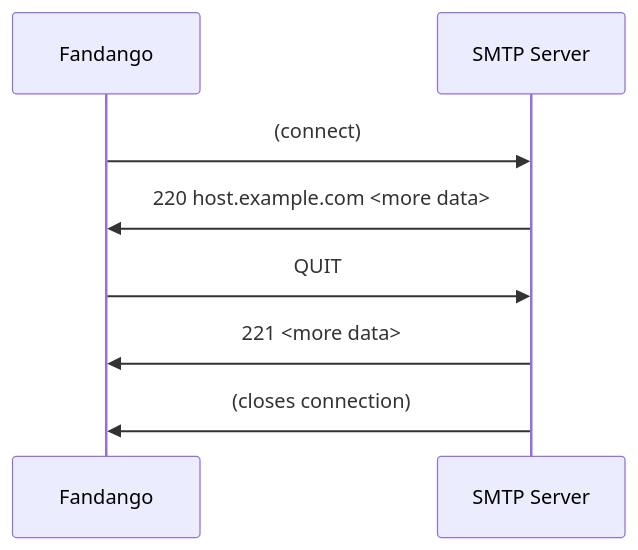
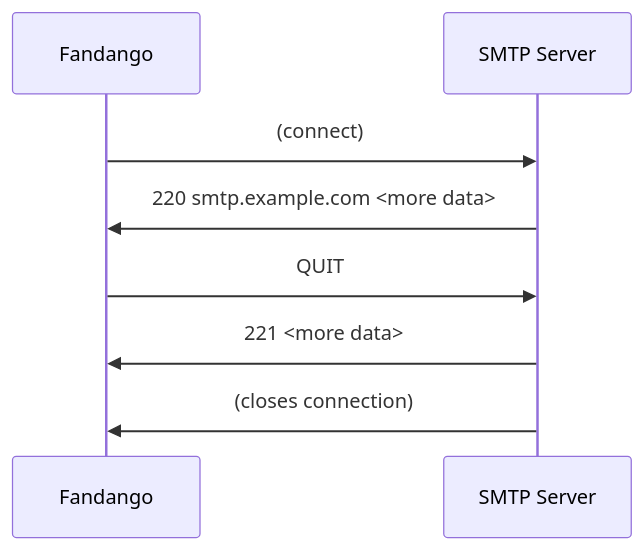
Before and after one commit to fandango-fuzzer/fandango-fuzzer.github.io: the third of 6 diagrams in _sources/Protocols.md, drawn with Mermaid. The commit also changed other lines of this file and 169 other files, not shown here.

````diff
--- a/_sources/Protocols.md
+++ b/_sources/Protocols.md
@@ -239,8 +308,8 @@
 ```{mermaid}
 sequenceDiagram
     Fandango->>SMTP Server: (connect)
-    SMTP Server->>Fandango: 220 host.example.com <more data>
+    SMTP Server->>Fandango: 220 smtp.example.com <more data>
     Fandango->>SMTP Server: QUIT
     SMTP Server->>Fandango: 221 <more data>
     SMTP Server->>Fandango: (closes connection)
 ```
````
